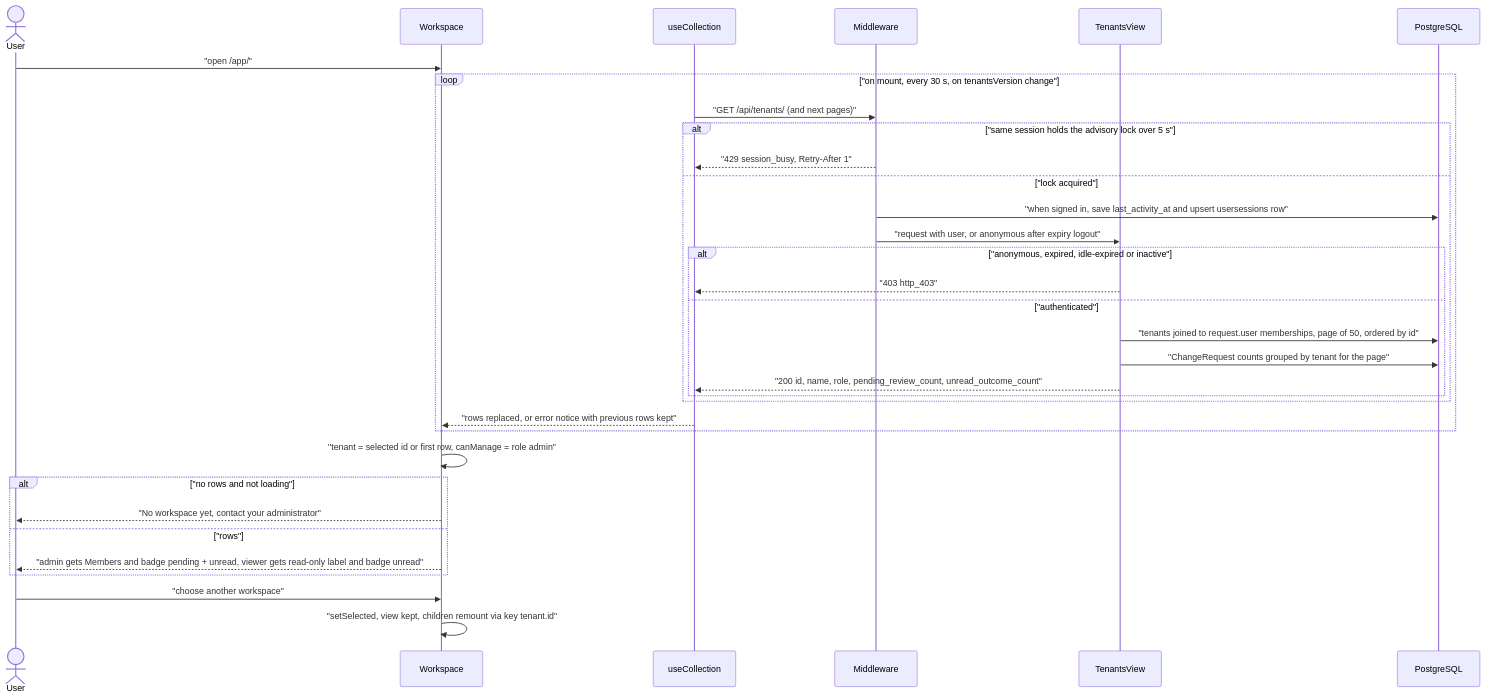
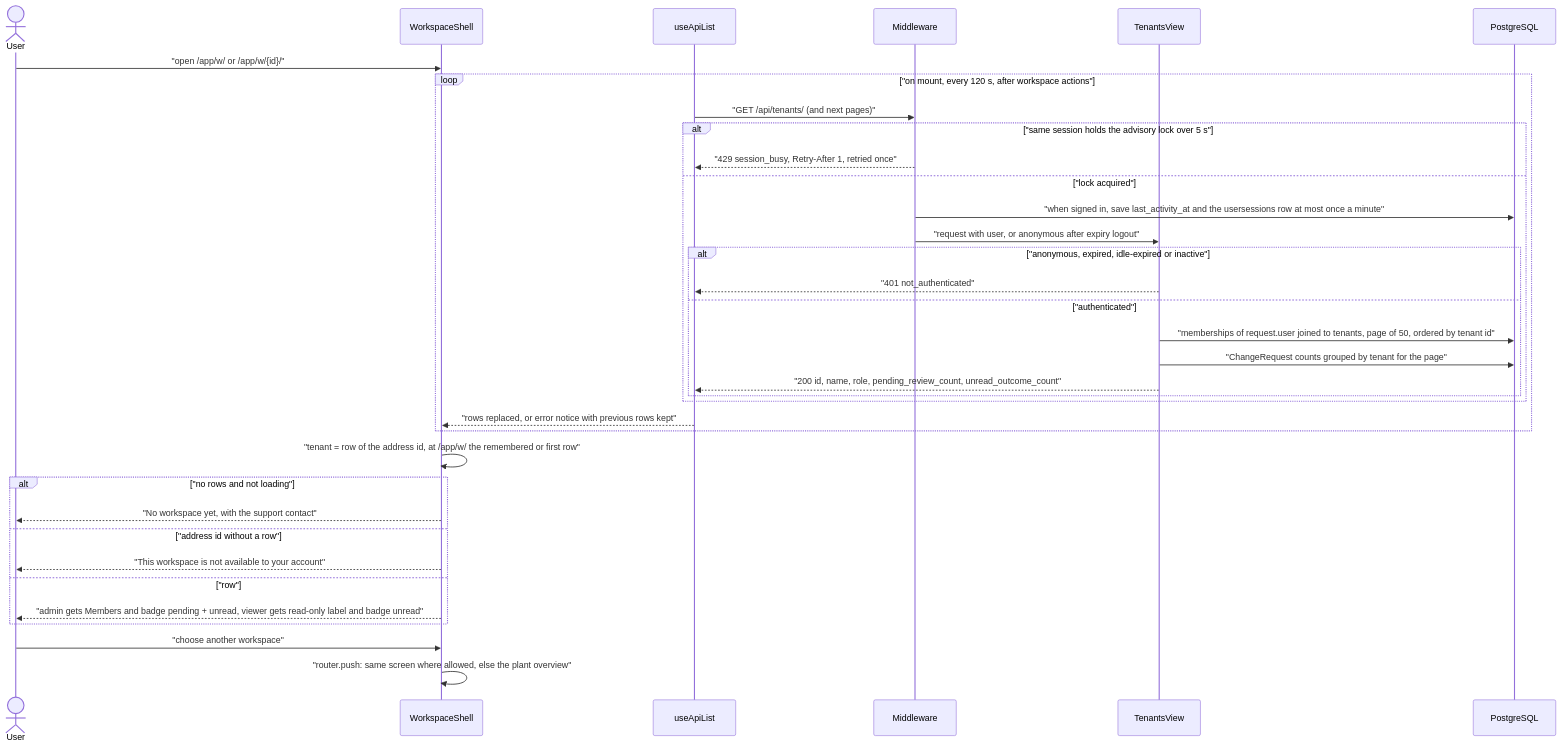
One commit to erkurtharun/pyracast changed the diagram in docs/flows/workspace-switching.md. Above: the diagram before and after it, drawn with Mermaid. The commit also changed other lines of this file and 85 other files, not shown here.

First line of the commit message:
Bring the flow pages in line with the code (#107)

````diff
--- a/docs/flows/workspace-switching.md
+++ b/docs/flows/workspace-switching.md
@@ -14,35 +14,37 @@
 ```mermaid
 sequenceDiagram
     actor U as User
-    participant W as Workspace
-    participant H as useCollection
+    participant W as WorkspaceShell
+    participant H as useApiList
     participant M as Middleware
     participant V as TenantsView
     participant D as PostgreSQL
-    U->>W: "open /app/"
-    loop "on mount, every 30 s, on tenantsVersion change"
+    U->>W: "open /app/w/ or /app/w/{id}/"
+    loop "on mount, every 120 s, after workspace actions"
         H->>M: "GET /api/tenants/ (and next pages)"
         alt "same session holds the advisory lock over 5 s"
-            M-->>H: "429 session_busy, Retry-After 1"
+            M-->>H: "429 session_busy, Retry-After 1, retried once"
         else "lock acquired"
-            M->>D: "when signed in, save last_activity_at and upsert usersessions row"
+            M->>D: "when signed in, save last_activity_at and the usersessions row at most once a minute"
             M->>V: "request with user, or anonymous after expiry logout"
             alt "anonymous, expired, idle-expired or inactive"
-                V-->>H: "403 http_403"
+                V-->>H: "401 not_authenticated"
             else "authenticated"
-                V->>D: "tenants joined to request.user memberships, page of 50, ordered by id"
+                V->>D: "memberships of request.user joined to tenants, page of 50, ordered by tenant id"
                 V->>D: "ChangeRequest counts grouped by tenant for the page"
                 V-->>H: "200 id, name, role, pending_review_count, unread_outcome_count"
             end
         end
         H-->>W: "rows replaced, or error notice with previous rows kept"
     end
-    W->>W: "tenant = selected id or first row, canManage = role admin"
+    W->>W: "tenant = row of the address id, at /app/w/ the remembered or first row"
     alt "no rows and not loading"
-        W-->>U: "No workspace yet, contact your administrator"
-    else "rows"
+        W-->>U: "No workspace yet, with the support contact"
+    else "address id without a row"
+        W-->>U: "This workspace is not available to your account"
+    else "row"
         W-->>U: "admin gets Members and badge pending + unread, viewer gets read-only label and badge unread"
     end
     U->>W: "choose another workspace"
-    W->>W: "setSelected, view kept, children remount via key tenant.id"
+    W->>W: "router.push: same screen where allowed, else the plant overview"
 ```
````
